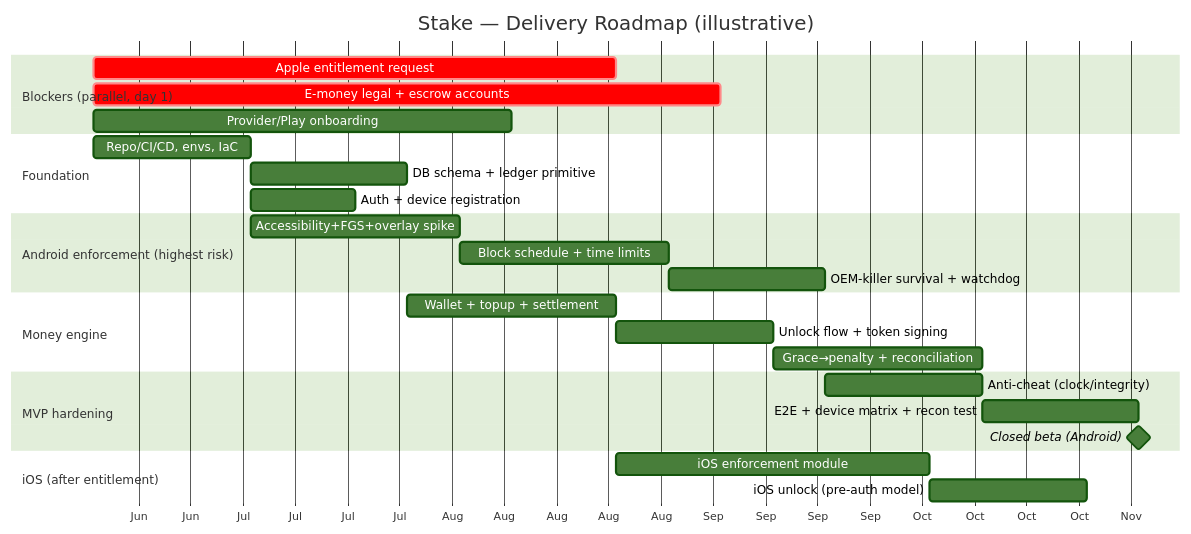
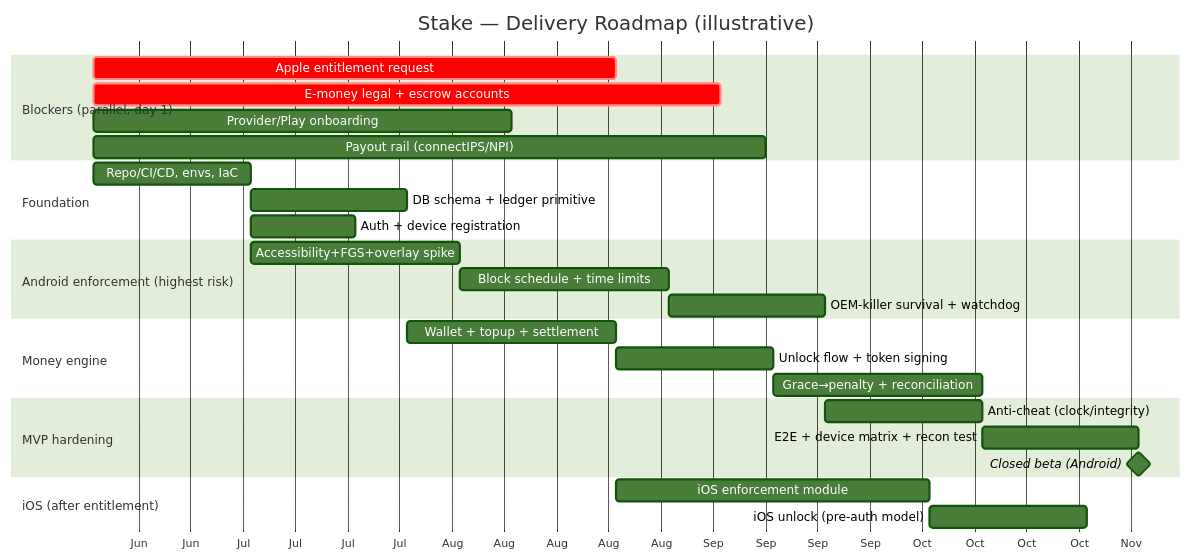
Before and after one commit to JEEVANRAWAL/stake-app-doc: the first of 2 diagrams in docs/project/delivery-plan.md, drawn with Mermaid (forest theme). The commit also changed other lines of this file, not shown here.

Commit message:
Track payout-rail (connectIPS/NPI) onboarding as long-lead item in delivery plan

````diff
--- a/docs/project/delivery-plan.md
+++ b/docs/project/delivery-plan.md
@@ -33,29 +36,30 @@
 ```mermaid
 gantt
     title Stake — Delivery Roadmap (illustrative)
     dateFormat  YYYY-MM-DD
     axisFormat  %b
     section Blockers (parallel, day 1)
     Apple entitlement request        :crit, b1, 2026-06-15, 70d
     E-money legal + escrow accounts  :crit, b2, 2026-06-15, 84d
     Provider/Play onboarding         :b3, 2026-06-15, 56d
+    Payout rail (connectIPS/NPI)     :b4, 2026-06-15, 90d
     section Foundation
     Repo/CI/CD, envs, IaC            :f1, 2026-06-15, 21d
     DB schema + ledger primitive     :f2, after f1, 21d
     Auth + device registration       :f3, after f1, 14d
     section Android enforcement (highest risk)
     Accessibility+FGS+overlay spike  :a1, after f1, 28d
     Block schedule + time limits     :a2, after a1, 28d
     OEM-killer survival + watchdog   :a3, after a2, 21d
     section Money engine
     Wallet + topup + settlement      :m1, after f2, 28d
     Unlock flow + token signing      :m2, after m1, 21d
     Grace→penalty + reconciliation   :m3, after m2, 28d
     section MVP hardening
     Anti-cheat (clock/integrity)     :h1, after a3, 21d
     E2E + device matrix + recon test :h2, after m3, 21d
     Closed beta (Android)            :milestone, beta, after h2, 0d
     section iOS (after entitlement)
     iOS enforcement module           :i1, after b1, 42d
     iOS unlock (pre-auth model)      :i2, after i1, 21d
 ```
````
